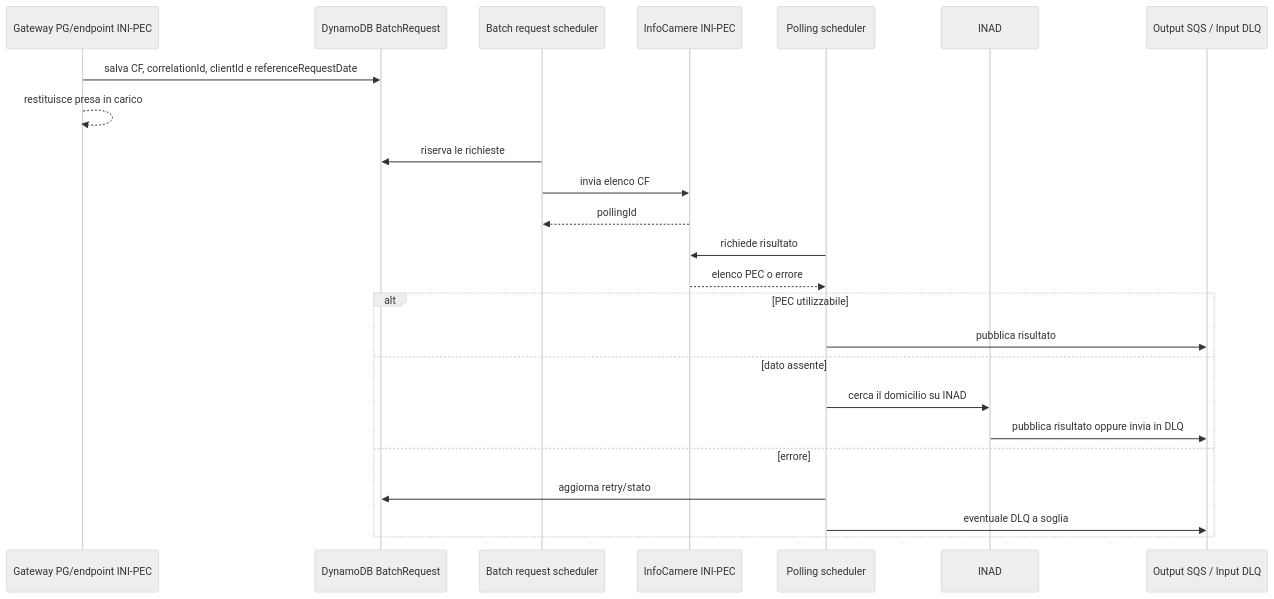
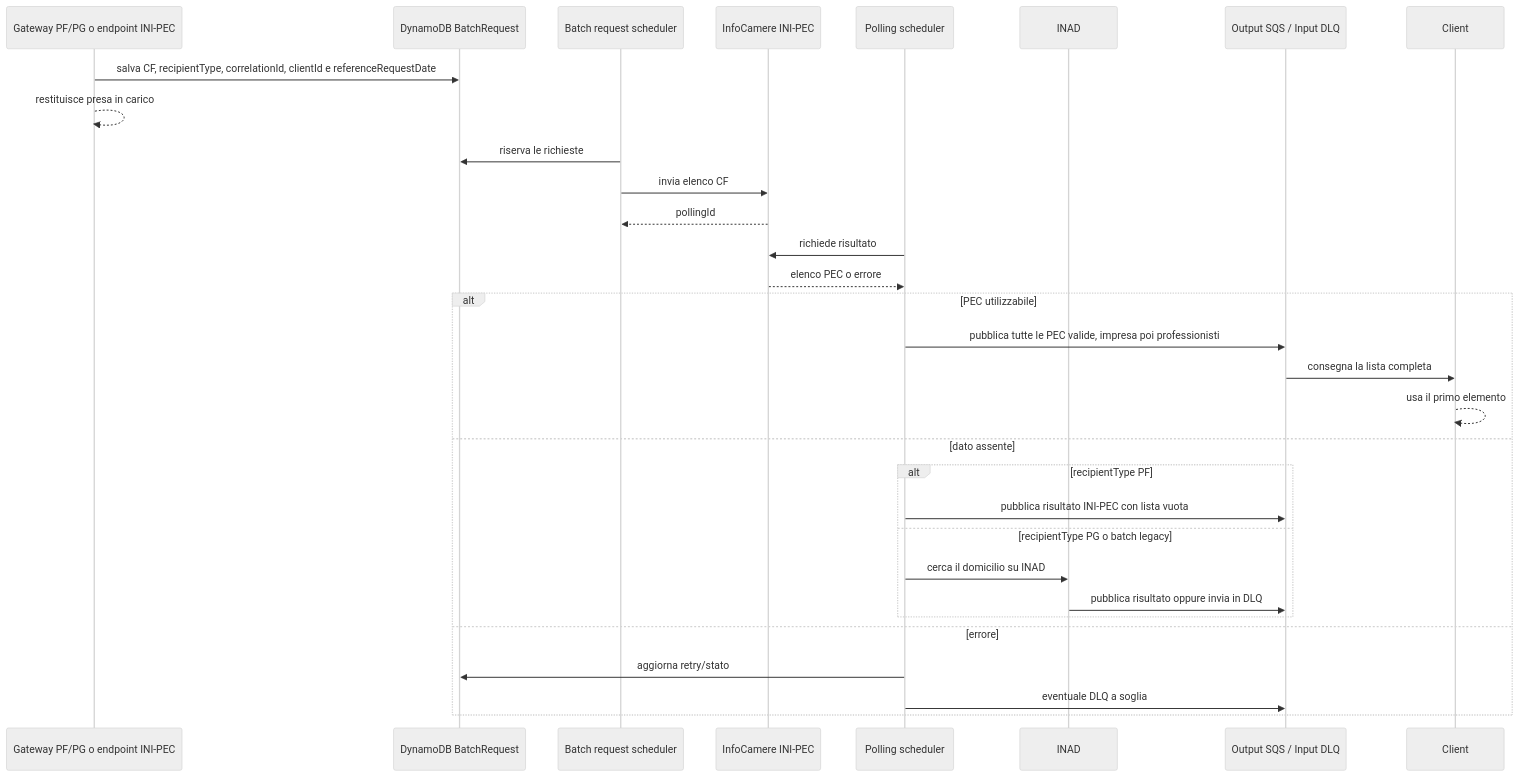
The fourth of 4 diagrams in docs/ms/ricerca-domicilio-digitale.md (pagopa/pn-national-registries), drawn with Mermaid (neutral theme) before and after one commit. The commit also changed other lines of this file, not shown here.

Commit message:
PN-20192 - update ricerca-domicilio-digitale.md

````diff
--- a/docs/ms/ricerca-domicilio-digitale.md
+++ b/docs/ms/ricerca-domicilio-digitale.md
@@ -185,27 +295,34 @@
 ```mermaid
 sequenceDiagram
-    participant G as Gateway PG/endpoint INI-PEC
+    participant G as Gateway PF/PG o endpoint INI-PEC
     participant D as DynamoDB BatchRequest
     participant R as Batch request scheduler
     participant I as InfoCamere INI-PEC
     participant P as Polling scheduler
     participant N as INAD
     participant Q as Output SQS / Input DLQ
+    participant C as Client
 
-    G->>D: salva CF, correlationId, clientId e referenceRequestDate
+    G->>D: salva CF, recipientType, correlationId, clientId e referenceRequestDate
     G-->>G: restituisce presa in carico
     R->>D: riserva le richieste
     R->>I: invia elenco CF
     I-->>R: pollingId
     P->>I: richiede risultato
     I-->>P: elenco PEC o errore
     alt PEC utilizzabile
-        P->>Q: pubblica risultato
+        P->>Q: pubblica tutte le PEC valide, impresa poi professionisti
+        Q->>C: consegna la lista completa
+        C-->>C: usa il primo elemento
     else dato assente
-        P->>N: cerca il domicilio su INAD
-        N->>Q: pubblica risultato oppure invia in DLQ
+        alt recipientType PF
+            P->>Q: pubblica risultato INI-PEC con lista vuota
+        else recipientType PG o batch legacy
+            P->>N: cerca il domicilio su INAD
+            N->>Q: pubblica risultato oppure invia in DLQ
+        end
     else errore
         P->>D: aggiorna retry/stato
         P->>Q: eventuale DLQ a soglia
     end
 ```
````
